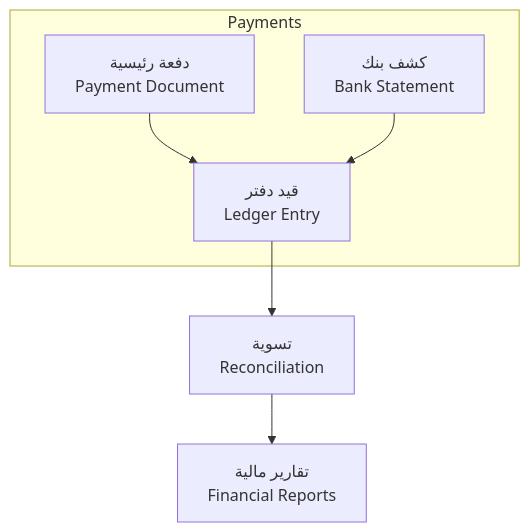
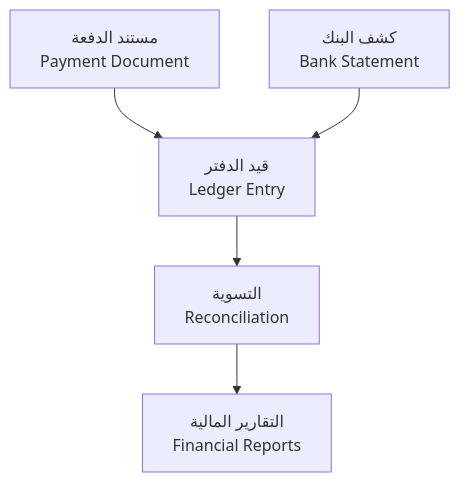
One commit to Ash69g/Documentation-Study changed the third of 3 diagrams in docs/05-data-model/05-data-model.md. Above: the diagram before and after it, drawn with Mermaid. The commit also changed other lines of this file and 15 other files, not shown here.

````diff
--- a/docs/05-data-model/05-data-model.md
+++ b/docs/05-data-model/05-data-model.md
@@ -190,12 +161,7 @@
 ```mermaid
 flowchart TD
-  subgraph Payments
-    PaymentDoc[دفعة رئيسية\nPayment Document]
-    LedgerEntry[قيد دفتر\nLedger Entry]
-    BankStatement[كشف بنك\nBank Statement]
-  end
-  PaymentDoc --> LedgerEntry
-  BankStatement --> LedgerEntry
-  LedgerEntry --> Reconciliation[تسوية\nReconciliation]
-  Reconciliation --> Reports[تقارير مالية\nFinancial Reports]
+  PaymentDoc["مستند الدفعة\nPayment Document"] --> LedgerEntry["قيد الدفتر\nLedger Entry"]
+  BankStatement["كشف البنك\nBank Statement"] --> LedgerEntry
+  LedgerEntry --> Reconciliation["التسوية\nReconciliation"]
+  Reconciliation --> Reports["التقارير المالية\nFinancial Reports"]
 ```
````
